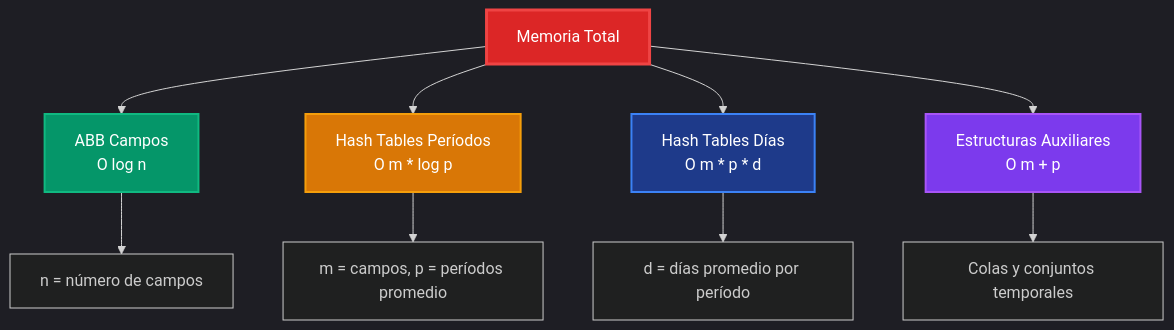
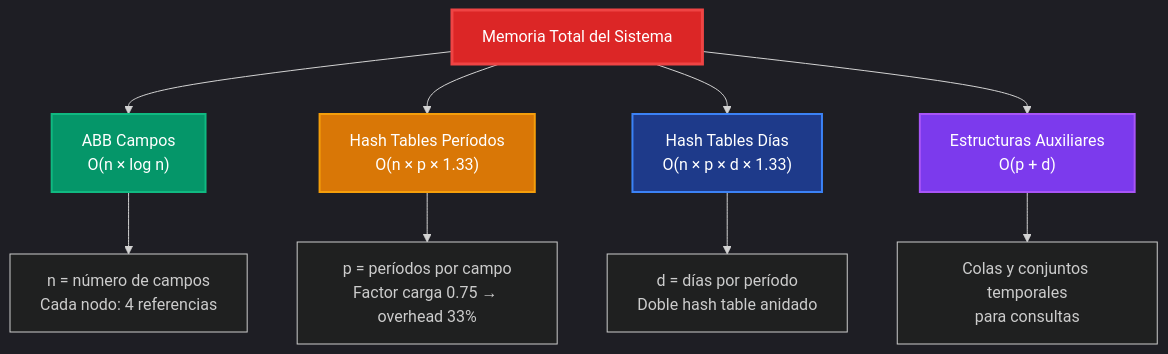
Before and after one commit to pybalt/algo2: diagram 17 of 17 in tp-final/README_IMPLEMENTACIONES.md, drawn with Mermaid. The commit also changed other lines of this file, not shown here.

Commit message:
Revise README_IMPLEMENTACIONES.md to update data structure descriptions, enhance diagram clarity, and improve overall organization. Key changes include restructuring sections on data hierarchies, refining hash table explanations, and optimizing visual elements for better readability.

````diff
--- a/tp-final/README_IMPLEMENTACIONES.md
+++ b/tp-final/README_IMPLEMENTACIONES.md
@@ -471,19 +496,19 @@
 ```mermaid
 %%{init: {'theme':'dark'}}%%
 graph TB
-    A[Memoria Total] --> B[ABB Campos<br/>O log n]
-    A --> C[Hash Tables Períodos<br/>O m * log p]
-    A --> D[Hash Tables Días<br/>O m * p * d]
-    A --> E[Estructuras Auxiliares<br/>O m + p]
+    A["Memoria Total del Sistema"] --> B["ABB Campos<br/>O(n × log n)"]
+    A --> C["Hash Tables Períodos<br/>O(n × p × 1.33)"]
+    A --> D["Hash Tables Días<br/>O(n × p × d × 1.33)"]
+    A --> E["Estructuras Auxiliares<br/>O(p + d)"]
     
-    B --> F[n = número de campos]
-    C --> G[m = campos, p = períodos promedio]
-    D --> H[d = días promedio por período]
-    E --> I[Colas y conjuntos temporales]
+    B --> F["n = número de campos<br/>Cada nodo: 4 referencias"]
+    C --> G["p = períodos por campo<br/>Factor carga 0.75 → overhead 33%"]
+    D --> H["d = días por período<br/>Doble hash table anidado"]
+    E --> I["Colas y conjuntos temporales<br/>para consultas"]
     
     style A fill:#dc2626,stroke:#ef4444,stroke-width:3px,color:#fff
     style B fill:#059669,stroke:#10b981,stroke-width:2px,color:#fff
     style C fill:#d97706,stroke:#f59e0b,stroke-width:2px,color:#fff
     style D fill:#1e3a8a,stroke:#3b82f6,stroke-width:2px,color:#fff
     style E fill:#7c3aed,stroke:#a855f7,stroke-width:2px,color:#fff
 ```
````
